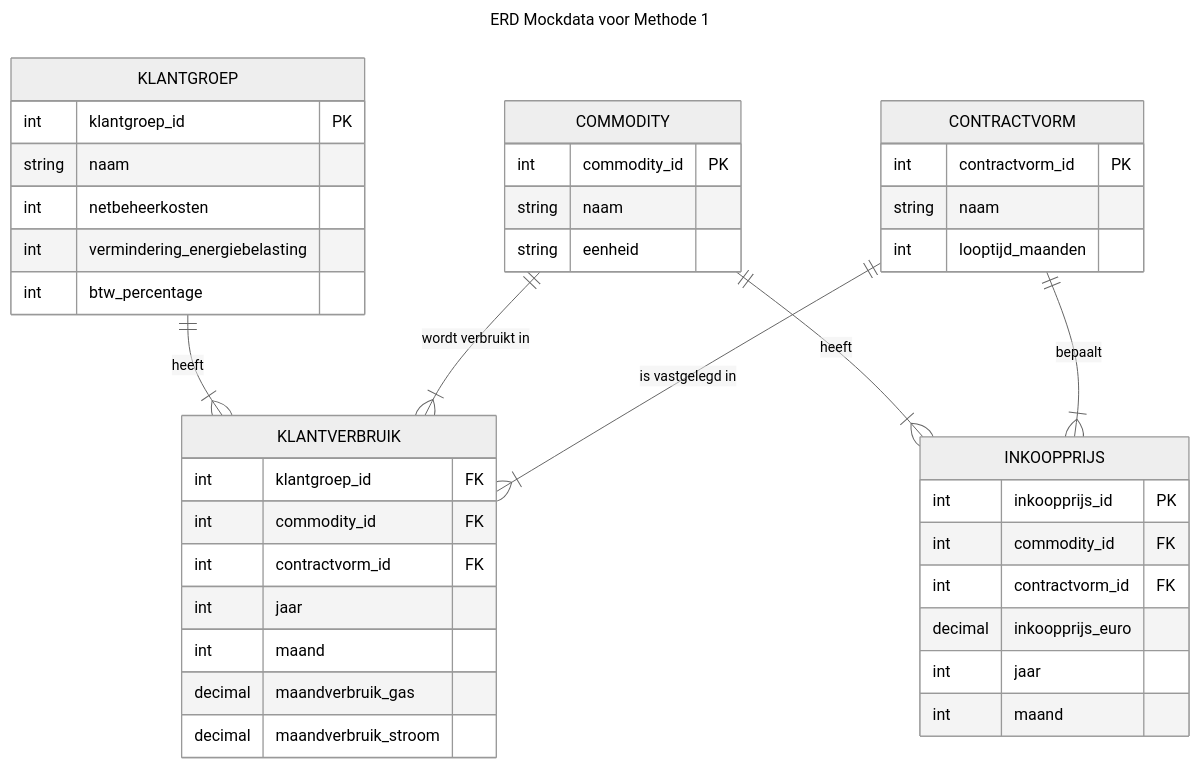
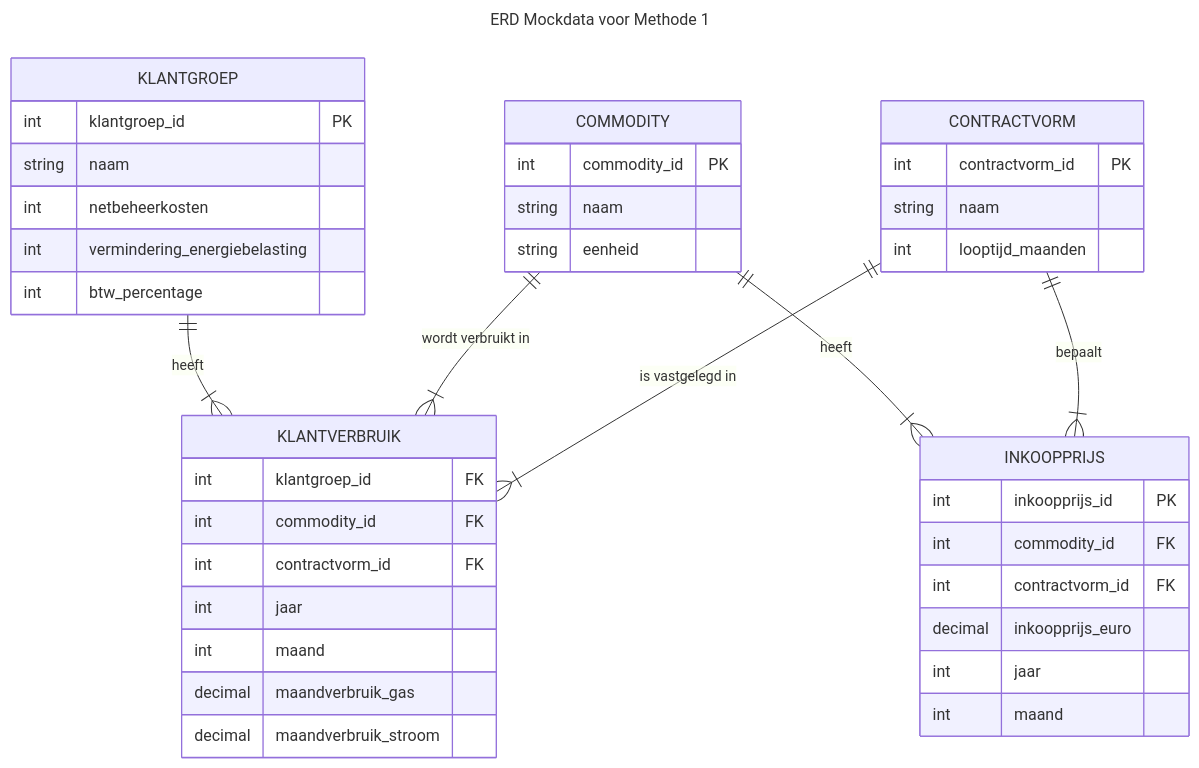
One commit to Boomstreek/StudieFontys changed the diagram in Sem03/03. Design/ERD Mockdata voor Methode 1.md. Above: the diagram before and after it, drawn with Mermaid. The commit also changed 6 other files, not shown here.

````diff
--- a/Sem03/03. Design/ERD Mockdata voor Methode 1.md
+++ b/Sem03/03. Design/ERD Mockdata voor Methode 1.md
@@ -1,55 +1,54 @@
 ```mermaid
 ---
 title: ERD Mockdata voor Methode 1
 ---
-%%{init: {'theme':'neutral'}}%%
 erDiagram
 
 	COMMODITY {
 	int commodity_id PK
 	string naam
 	string eenheid
 	}
 	
 	CONTRACTVORM {
         int contractvorm_id PK
         string naam
         int looptijd_maanden
     }
     
     KLANTGROEP {
         int klantgroep_id PK
         string naam
         int netbeheerkosten
         int vermindering_energiebelasting
         int btw_percentage
     }
     
     KLANTVERBRUIK {
         int klantgroep_id FK
         int commodity_id FK
         int contractvorm_id FK
         int jaar
         int maand
         decimal maandverbruik_gas
         decimal maandverbruik_stroom
     }
     
     INKOOPPRIJS {
 	    int inkoopprijs_id PK
 	    int commodity_id FK
 	    int contractvorm_id FK
 	    decimal inkoopprijs_euro
 	    int jaar
 	    int maand
     }
     
 	%% Verbindingen voor KLANTVERBRUIK 
 	KLANTGROEP ||--|{ KLANTVERBRUIK : "heeft" 
 	COMMODITY ||--|{ KLANTVERBRUIK : "wordt verbruikt in" 
 	CONTRACTVORM ||--|{ KLANTVERBRUIK : "is vastgelegd in" 
 	
 	%% Verbindingen voor INKOOPPRIJS 
 	COMMODITY ||--|{ INKOOPPRIJS : "heeft" 
 	CONTRACTVORM ||--|{ INKOOPPRIJS : "bepaalt"
 ```
````
